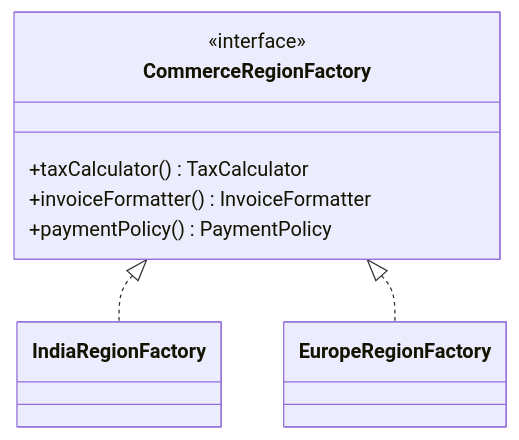
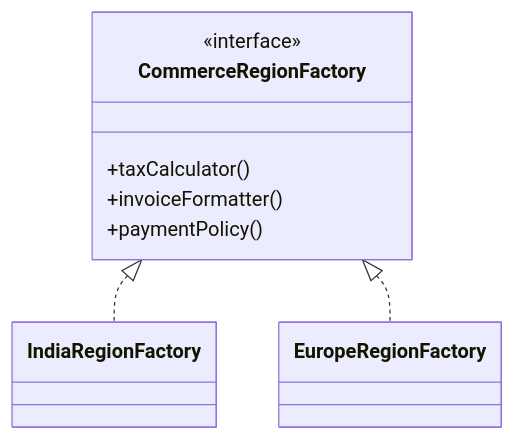
One commit to sandeepbhardwaj/sandeepbhardwaj.github.io changed the diagram in _posts/2025-12-05-abstract-factory-pattern-java-region-services.md. Above: the diagram before and after it, drawn with Mermaid. The commit also changed 85 other files, not shown here.

Commit message:
mermaid flow chart fixes

````diff
--- a/_posts/2025-12-05-abstract-factory-pattern-java-region-services.md
+++ b/_posts/2025-12-05-abstract-factory-pattern-java-region-services.md
@@ -59,13 +59,13 @@
 ```mermaid
 classDiagram
     class CommerceRegionFactory {
       <<interface>>
-      +taxCalculator() TaxCalculator
-      +invoiceFormatter() InvoiceFormatter
-      +paymentPolicy() PaymentPolicy
+      +taxCalculator()
+      +invoiceFormatter()
+      +paymentPolicy()
     }
     class IndiaRegionFactory
     class EuropeRegionFactory
     CommerceRegionFactory <|.. IndiaRegionFactory
     CommerceRegionFactory <|.. EuropeRegionFactory
 ```
````
